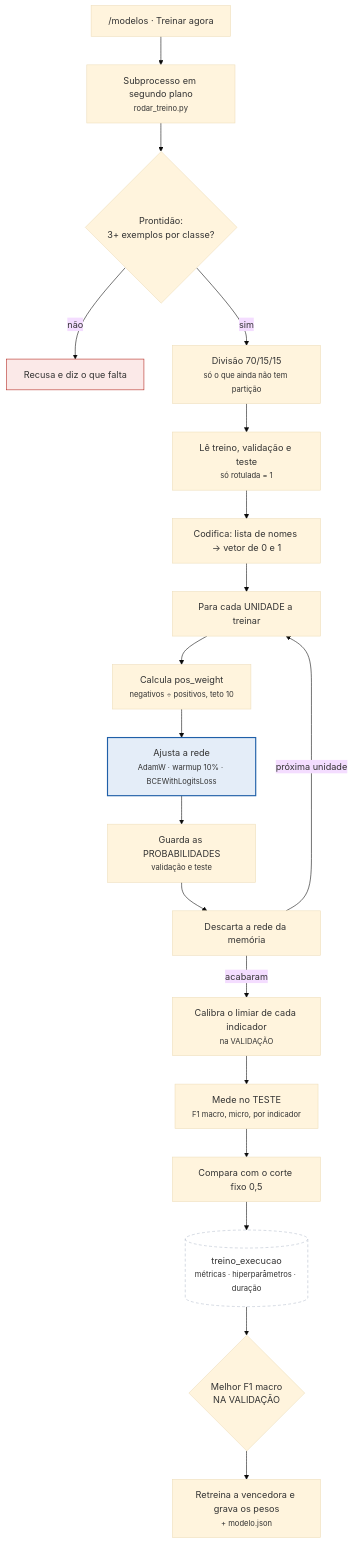
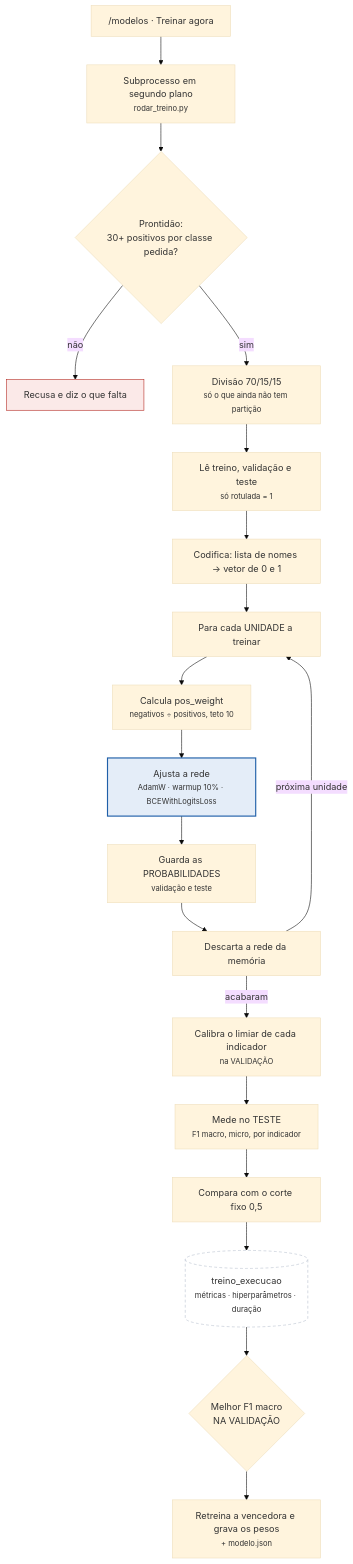
Before and after one commit to Leandrogsti/ClassificadorIFG: the second of 6 diagrams in docs/fluxograma-treinamento.md, drawn with Mermaid (base theme). The commit also changed other lines of this file and 17 other files, not shown here.

````diff
--- a/docs/fluxograma-treinamento.md
+++ b/docs/fluxograma-treinamento.md
@@ -99,38 +99,38 @@
 ```mermaid
 flowchart TD
     START["/modelos · Treinar agora"]
     SUB["Subprocesso em segundo plano<br/><small>rodar_treino.py</small>"]
-    PRONTO{"Prontidão:<br/>3+ exemplos por classe?"}
+    PRONTO{"Prontidão:<br/>30+ positivos por classe pedida?"}
     PARA["Recusa e diz o que falta"]
 
     DIV["Divisão 70/15/15<br/><small>só o que ainda não tem partição</small>"]
     LER["Lê treino, validação e teste<br/><small>só rotulada = 1</small>"]
     COD["Codifica: lista de nomes → vetor de 0 e 1"]
 
     LOOP["Para cada UNIDADE a treinar"]
     PESO["Calcula pos_weight<br/><small>negativos ÷ positivos, teto 10</small>"]
     FIT["Ajusta a rede<br/><small>AdamW · warmup 10% · BCEWithLogitsLoss</small>"]
     PROB["Guarda as PROBABILIDADES<br/><small>validação e teste</small>"]
     FREE["Descarta a rede da memória"]
 
     CAL["Calibra o limiar de cada indicador<br/><small>na VALIDAÇÃO</small>"]
     MED["Mede no TESTE<br/><small>F1 macro, micro, por indicador</small>"]
     CMP["Compara com o corte fixo 0,5"]
     REG[("treino_execucao<br/><small>métricas · hiperparâmetros · duração</small>")]
     SEL{"Melhor F1 macro<br/>NA VALIDAÇÃO"}
     SALVA["Retreina a vencedora e grava os pesos<br/><small>+ modelo.json</small>"]
 
     START --> SUB --> PRONTO
     PRONTO -- "não" --> PARA
     PRONTO -- "sim" --> DIV --> LER --> COD --> LOOP
     LOOP --> PESO --> FIT --> PROB --> FREE
     FREE -- "próxima unidade" --> LOOP
     FREE -- "acabaram" --> CAL --> MED --> CMP --> REG --> SEL --> SALVA
 
     classDef modelo fill:#e4edf8,stroke:#1f5fa8,stroke-width:2px;
     classDef banco fill:#fff,stroke:#b6bfcd,stroke-dasharray:5 4;
     classDef nao fill:#fbe9e8,stroke:#b3261e;
     class FIT modelo;
     class REG banco;
     class PARA nao;
 ```
````
